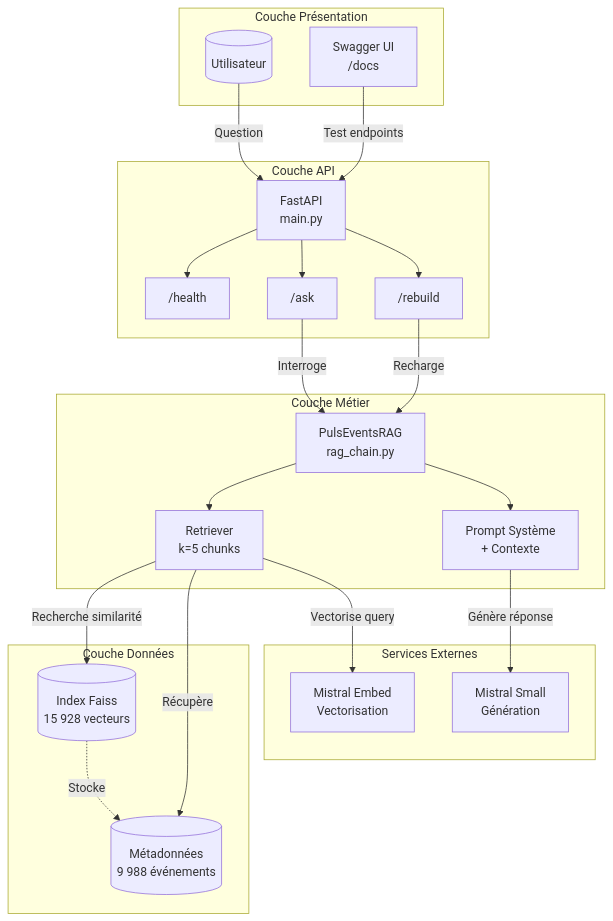
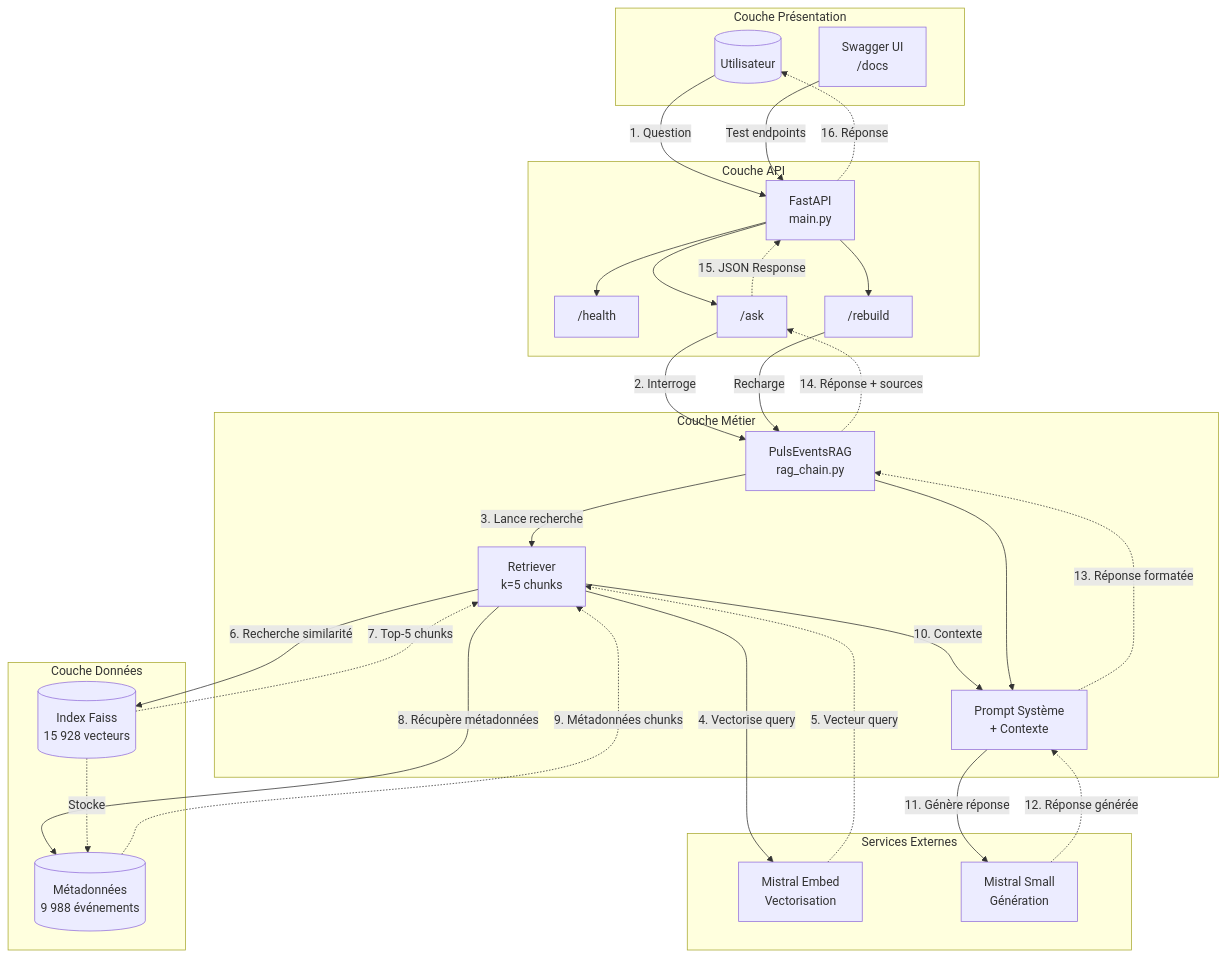
The diagram in README.md (Eqqinox/puls-events-rag), drawn with Mermaid before and after one commit. The commit also changed other lines of this file, not shown here.

Commit message:
Modification diagramme UML et mise à jour des métriques d'évaluation dans README.md
- Diagramme de composants UML (Mermaid) :
    - Flux numéroté en 16 étapes (requête → réponse)
    - Conventions visuelles : flèches pleines (aller) et pointillées (retour)
- Mise à jour des métriques d'évaluation :
    - Similarité sémantique : 93.7% → 93.6%
    - Partial matches : 3/17 (17.6%) → 2/17 (11.8%)
    - Rappel retrieval : 52.3% → 52.7%
    - Classification automatique : 16/17 → 17/17 (100%)

````diff
--- a/README.md
+++ b/README.md
@@ -107,49 +107,57 @@
 ```mermaid
 graph TB
-    subgraph "Couche Présentation"
-        USER[("Utilisateur")]
-        SWAGGER["Swagger UI<br/>/docs"]
-    end
+      subgraph "Couche Présentation"
+          USER[("Utilisateur")]
+          SWAGGER["Swagger UI<br/>/docs"]
+      end
 
-    subgraph "Couche API"
-        API["FastAPI<br/>main.py"]
-        HEALTH["/health"]
-        ASK["/ask"]
-        REBUILD["/rebuild"]
-    end
+      subgraph "Couche API"
+          API["FastAPI<br/>main.py"]
+          HEALTH["/health"]
+          ASK["/ask"]
+          REBUILD["/rebuild"]
+      end
 
-    subgraph "Couche Métier"
-        RAG["PulsEventsRAG<br/>rag_chain.py"]
-        RETRIEVER["Retriever<br/>k=5 chunks"]
-        PROMPT["Prompt Système<br/>+ Contexte"]
-    end
+      subgraph "Couche Métier"
+          RAG["PulsEventsRAG<br/>rag_chain.py"]
+          RETRIEVER["Retriever<br/>k=5 chunks"]
+          PROMPT["Prompt Système<br/>+ Contexte"]
+      end
 
-    subgraph "Couche Données"
-        FAISS[("Index Faiss<br/>15 928 vecteurs")]
-        METADATA[("Métadonnées<br/>9 988 événements")]
-    end
+      subgraph "Couche Données"
+          FAISS[("Index Faiss<br/>15 928 vecteurs")]
+          METADATA[("Métadonnées<br/>9 988 événements")]
+      end
 
-    subgraph "Services Externes"
-        MISTRAL_EMBED["Mistral Embed<br/>Vectorisation"]
-        MISTRAL_LLM["Mistral Small<br/>Génération"]
-    end
+      subgraph "Services Externes"
+          MISTRAL_EMBED["Mistral Embed<br/>Vectorisation"]
+          MISTRAL_LLM["Mistral Small<br/>Génération"]
+      end
 
-    USER -->|"Question"| API
-    SWAGGER -->|"Test endpoints"| API
-    API --> HEALTH
-    API --> ASK
-    API --> REBUILD
+      USER -->|"1. Question"| API
+      SWAGGER -->|"Test endpoints"| API
+      API --> HEALTH
+      API --> ASK
+      API --> REBUILD
 
-    ASK -->|"Interroge"| RAG
-    REBUILD -->|"Recharge"| RAG
+      ASK -->|"2. Interroge"| RAG
+      REBUILD -->|"Recharge"| RAG
 
-    RAG --> RETRIEVER
-    RAG --> PROMPT
-    RETRIEVER -->|"Recherche similarité"| FAISS
-    RETRIEVER -->|"Récupère"| METADATA
-    RETRIEVER -->|"Vectorise query"| MISTRAL_EMBED
+      RAG -->|"3. Lance recherche"| RETRIEVER
+      RETRIEVER -->|"4. Vectorise query"| MISTRAL_EMBED
+      MISTRAL_EMBED -.->|"5. Vecteur query"| RETRIEVER
+      RETRIEVER -->|"6. Recherche similarité"| FAISS
+      FAISS -.->|"7. Top-5 chunks"| RETRIEVER
+      RETRIEVER -->|"8. Récupère métadonnées"| METADATA
+      METADATA -.->|"9. Métadonnées chunks"| RETRIEVER
+      RETRIEVER -->|"10. Contexte"| PROMPT
+      RAG --> PROMPT
+      PROMPT -->|"11. Génère réponse"| MISTRAL_LLM
+      MISTRAL_LLM -.->|"12. Réponse générée"| PROMPT
+      PROMPT -.->|"13. Réponse formatée"| RAG
+      RAG -.->|"14. Réponse + sources"| ASK
+      ASK -.->|"15. JSON Response"| API
+      API -.->|"16. Réponse"| USER
 
-    PROMPT -->|"Génère réponse"| MISTRAL_LLM
-
-    FAISS -.->|"Stocke"| METADATA
+      FAISS -.->|"Stocke"| METADATA
 ```
````
